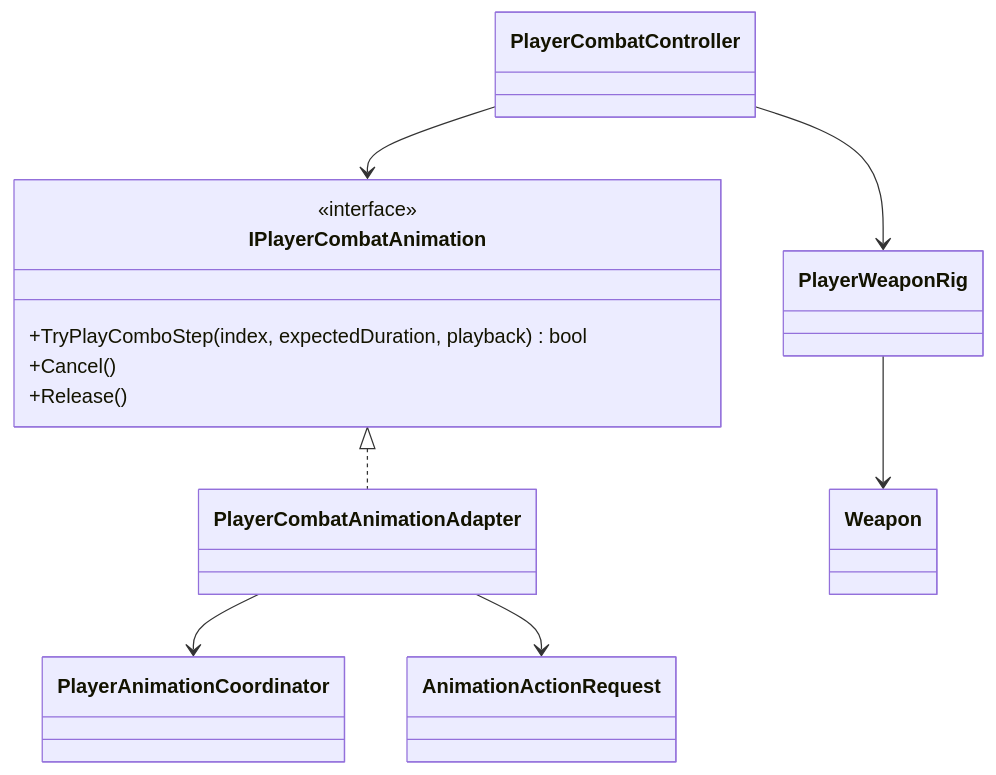
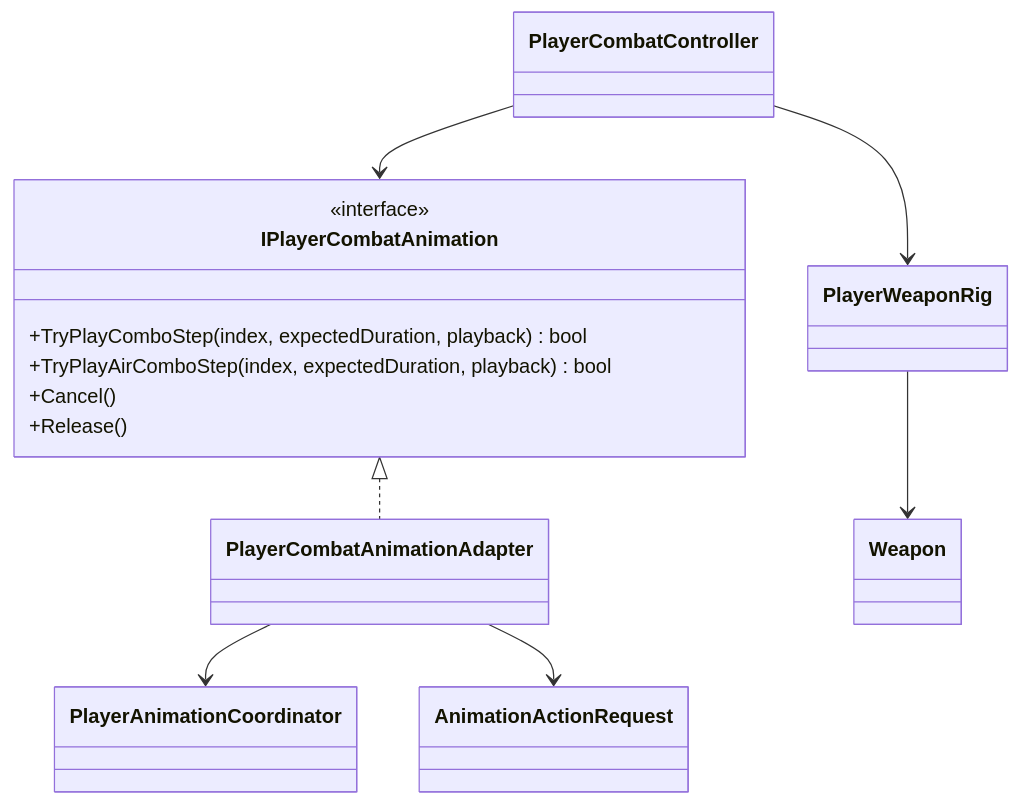
The diagram in Assets/_App/Core/Runtime/Combat/Player/README.md (MaximFonariuc/project-s), drawn with Mermaid before and after one commit. The commit also changed other lines of this file and 173 other files, not shown here.

````diff
--- a/Assets/_App/Core/Runtime/Combat/Player/README.md
+++ b/Assets/_App/Core/Runtime/Combat/Player/README.md
@@ -6,22 +6,23 @@
 ```mermaid
 classDiagram
     class PlayerCombatController
     class IPlayerCombatAnimation {
         <<interface>>
         +TryPlayComboStep(index, expectedDuration, playback) bool
+        +TryPlayAirComboStep(index, expectedDuration, playback) bool
         +Cancel()
         +Release()
     }
     class PlayerCombatAnimationAdapter
     class PlayerAnimationCoordinator
     class AnimationActionRequest
     class PlayerWeaponRig
     class Weapon
 
     PlayerCombatController --> IPlayerCombatAnimation
     IPlayerCombatAnimation <|.. PlayerCombatAnimationAdapter
     PlayerCombatAnimationAdapter --> PlayerAnimationCoordinator
     PlayerCombatAnimationAdapter --> AnimationActionRequest
     PlayerCombatController --> PlayerWeaponRig
     PlayerWeaponRig --> Weapon
 ```
````
